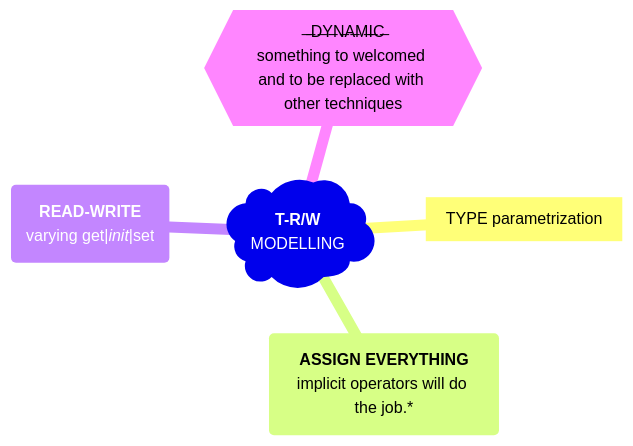
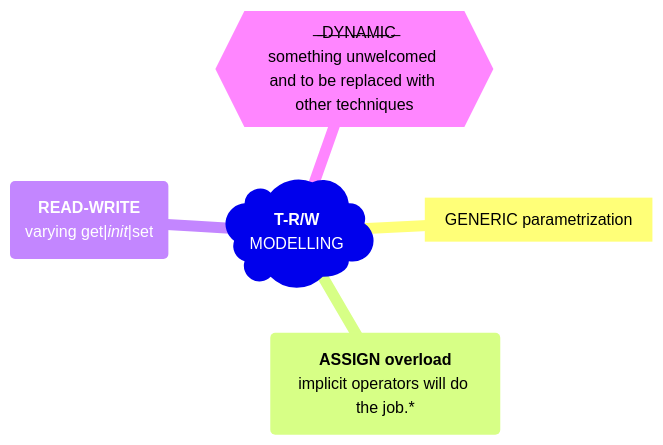
Before and after one commit to Kyriosity/use-dev: the diagram in README+/techniques/README+/polymorphism+/README+/prop_shift.md, drawn with Mermaid. The commit also changed other lines of this file, not shown here.

````diff
--- a/README+/techniques/README+/polymorphism+/README+/prop_shift.md
+++ b/README+/techniques/README+/polymorphism+/README+/prop_shift.md
@@ -13,17 +13,17 @@
 ```mermaid
 
 mindmap
     props)"`**T-R/W** 
 MODELLING`"(
-      T["`TYPE parametrization`"]
+      T["`GENERIC parametrization`"]
 
-      EQ("`**ASSIGN EVERYTHING**
+      EQ("`**ASSIGN overload**
 implicit operators will do the job.*`")
 
       RW("`**READ-WRITE**
 varying get|_init_|set`")
 
       DYN{{ ̶ ̶D̶Y̶N̶A̶M̶I̶C̶
-something to welcomed and to be replaced with other techniques}}
+something unwelcomed and to be replaced with other techniques}}
 
 ```
````
